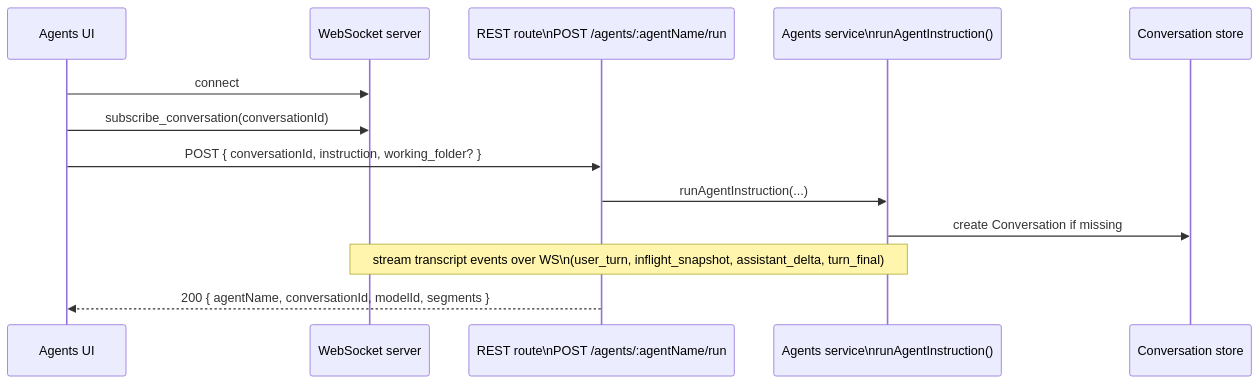
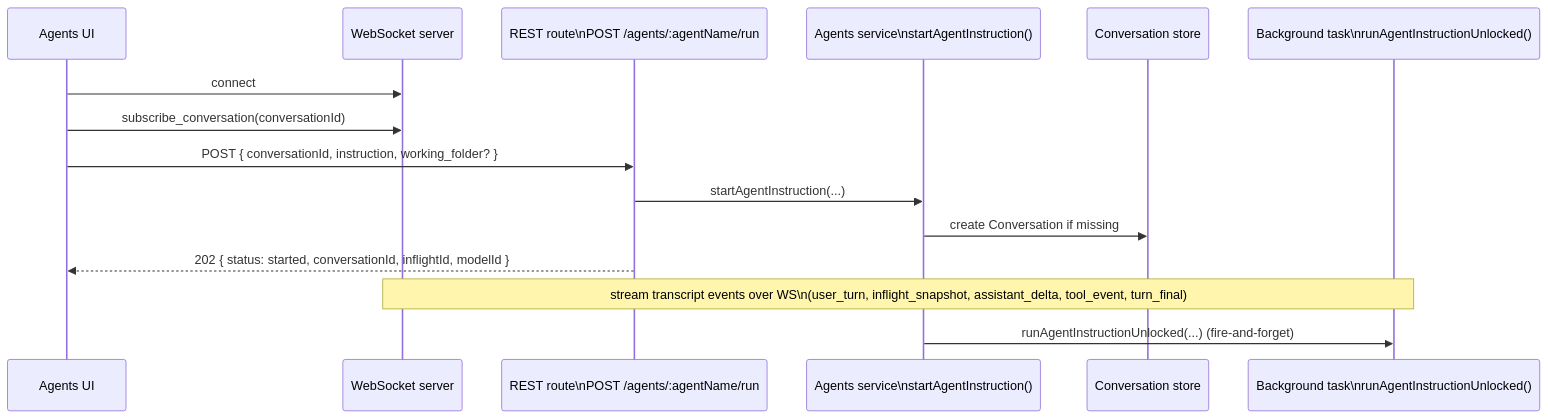
Diagram 20 of 52 in design.md (Chargeuk/codeInfo2), drawn with Mermaid before and after one commit. The commit also changed other lines of this file and 24 other files, not shown here.

````diff
--- a/design.md
+++ b/design.md
@@ -561,16 +561,18 @@
 ```mermaid
 sequenceDiagram
   participant UI as Agents UI
   participant WS as WebSocket server
   participant API as REST route\nPOST /agents/:agentName/run
-  participant Svc as Agents service\nrunAgentInstruction()
+  participant Svc as Agents service\nstartAgentInstruction()
   participant Store as Conversation store
+  participant Bg as Background task\nrunAgentInstructionUnlocked()
 
   UI->>WS: connect
   UI->>WS: subscribe_conversation(conversationId)
   UI->>API: POST { conversationId, instruction, working_folder? }
-  API->>Svc: runAgentInstruction(...)
+  API->>Svc: startAgentInstruction(...)
   Svc->>Store: create Conversation if missing
-  Note over Svc,WS: stream transcript events over WS\n(user_turn, inflight_snapshot, assistant_delta, turn_final)
-  API-->>UI: 200 { agentName, conversationId, modelId, segments }
+  API-->>UI: 202 { status: started, conversationId, inflightId, modelId }
+  Note over Bg,WS: stream transcript events over WS\n(user_turn, inflight_snapshot, assistant_delta, tool_event, turn_final)
+  Svc->>Bg: runAgentInstructionUnlocked(...) (fire-and-forget)
 ```
````
